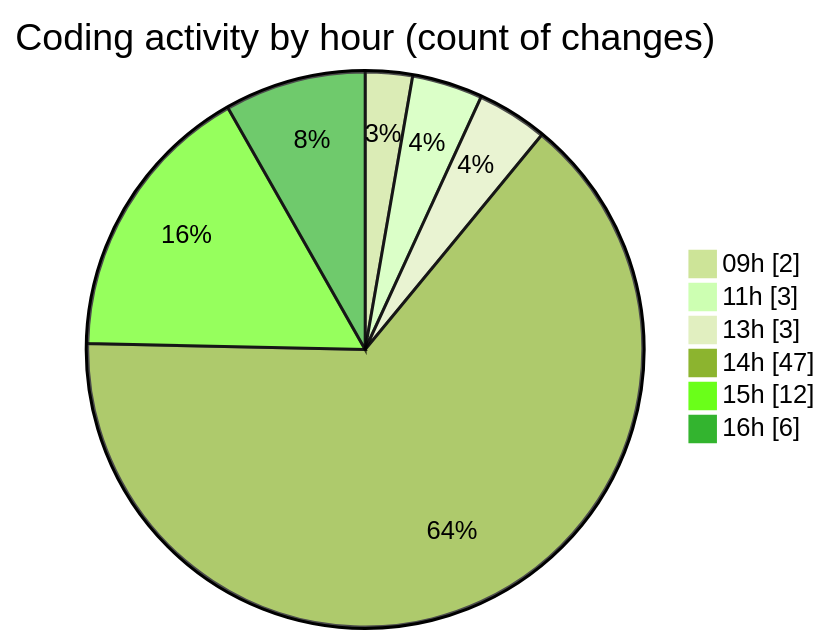
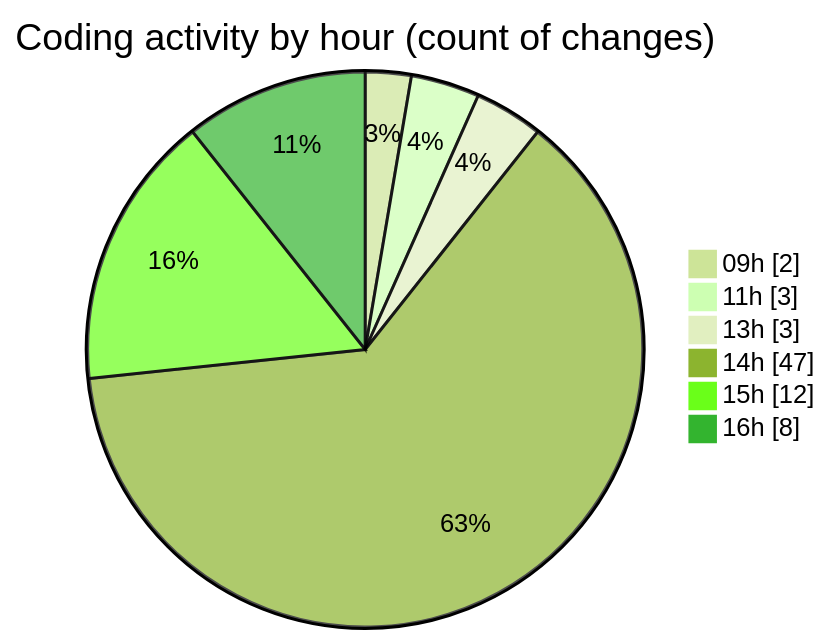
Before and after one commit to julien-gomy/code-tracking: the second of 2 diagrams in 2025-11-10/eventscop-frontend-guide__workspace_/README.md, drawn with Mermaid (forest theme). The commit also changed other lines of this file and 1 other file, not shown here.

````diff
--- a/2025-11-10/eventscop-frontend-guide__workspace_/README.md
+++ b/2025-11-10/eventscop-frontend-guide__workspace_/README.md
@@ -61,10 +62,10 @@
 ```mermaid
 pie showData
 title Coding activity by hour (count of changes)
 "09h" : 2
 "11h" : 3
 "13h" : 3
 "14h" : 47
 "15h" : 12
-"16h" : 6
+"16h" : 8
 ```
````
